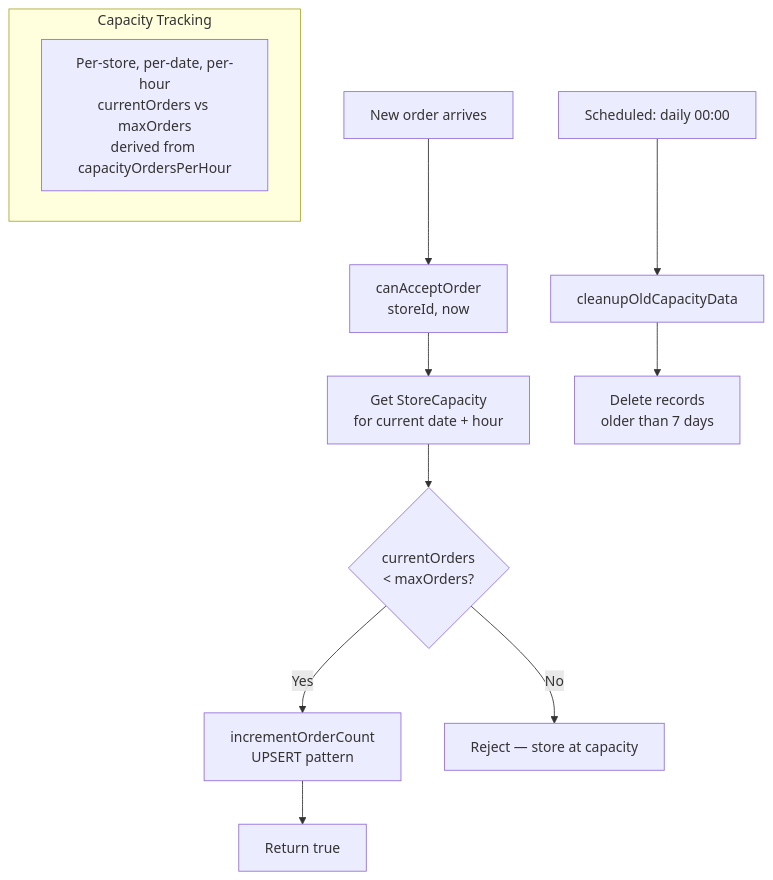
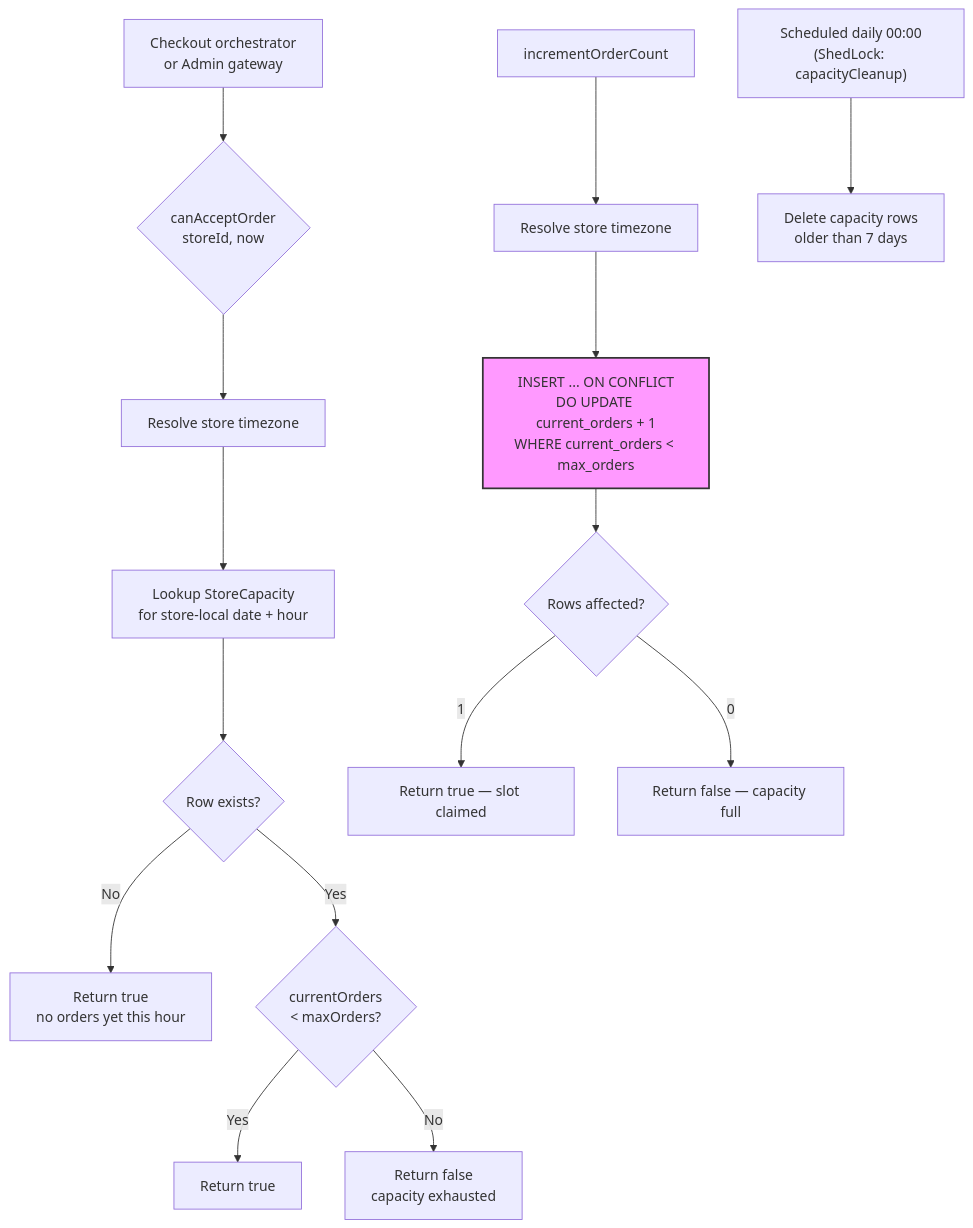
The sixth of 7 diagrams in services/warehouse-service/README.md (sunitakeazycommerz-a11y/InstaCommerce), drawn with Mermaid before and after one commit. The commit also changed other lines of this file and 554 other files, not shown here.

````diff
--- a/services/warehouse-service/README.md
+++ b/services/warehouse-service/README.md
@@ -42,16 +304,21 @@
 ```mermaid
 flowchart TD
-    A[New order arrives] --> B[canAcceptOrder<br/>storeId, now]
-    B --> C[Get StoreCapacity<br/>for current date + hour]
-    C --> D{currentOrders <br/>< maxOrders?}
-    D -->|Yes| E[incrementOrderCount<br/>UPSERT pattern]
-    D -->|No| F[Reject — store at capacity]
-    E --> G[Return true]
+    A[Checkout orchestrator<br/>or Admin gateway] --> B{canAcceptOrder<br/>storeId, now}
+    B --> C[Resolve store timezone]
+    C --> D[Lookup StoreCapacity<br/>for store-local date + hour]
+    D --> E{Row exists?}
+    E -->|No| F[Return true<br/>no orders yet this hour]
+    E -->|Yes| G{currentOrders<br/>< maxOrders?}
+    G -->|Yes| F2[Return true]
+    G -->|No| H[Return false<br/>capacity exhausted]
 
-    H[Scheduled: daily 00:00] --> I[cleanupOldCapacityData]
-    I --> J[Delete records<br/>older than 7 days]
+    I[incrementOrderCount] --> J[Resolve store timezone]
+    J --> K["INSERT ... ON CONFLICT<br/>DO UPDATE current_orders + 1<br/>WHERE current_orders < max_orders"]
+    K --> L{Rows affected?}
+    L -->|1| M[Return true — slot claimed]
+    L -->|0| N[Return false — capacity full]
 
-    subgraph Capacity Tracking
-        K[Per-store, per-date, per-hour<br/>currentOrders vs maxOrders<br/>derived from capacityOrdersPerHour]
-    end
+    O["Scheduled daily 00:00<br/>(ShedLock: capacityCleanup)"] --> P[Delete capacity rows<br/>older than 7 days]
+
+    style K fill:#f9f,stroke:#333,stroke-width:2px
 ```
````
